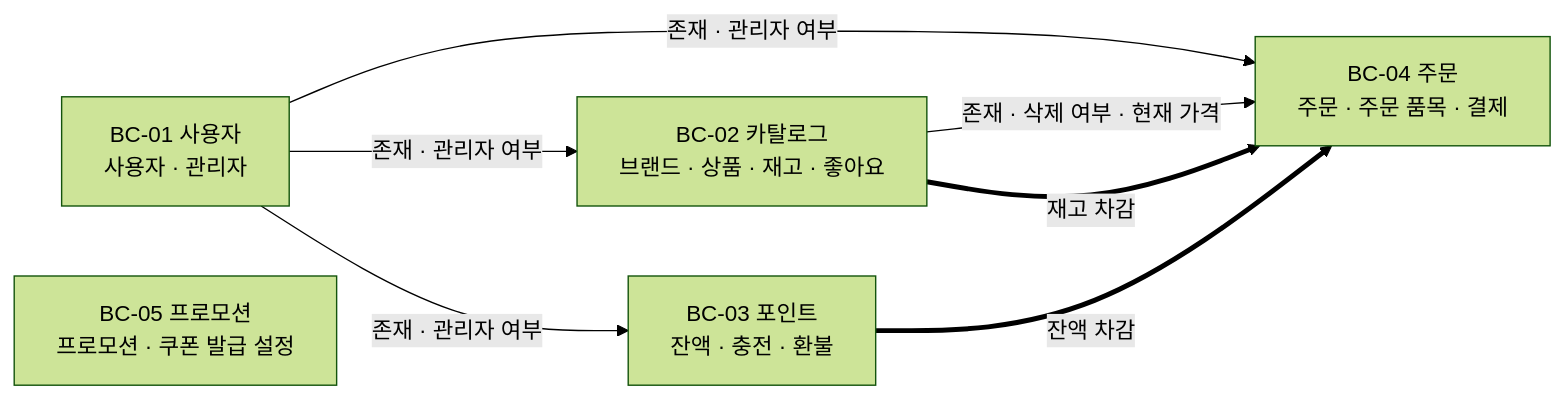
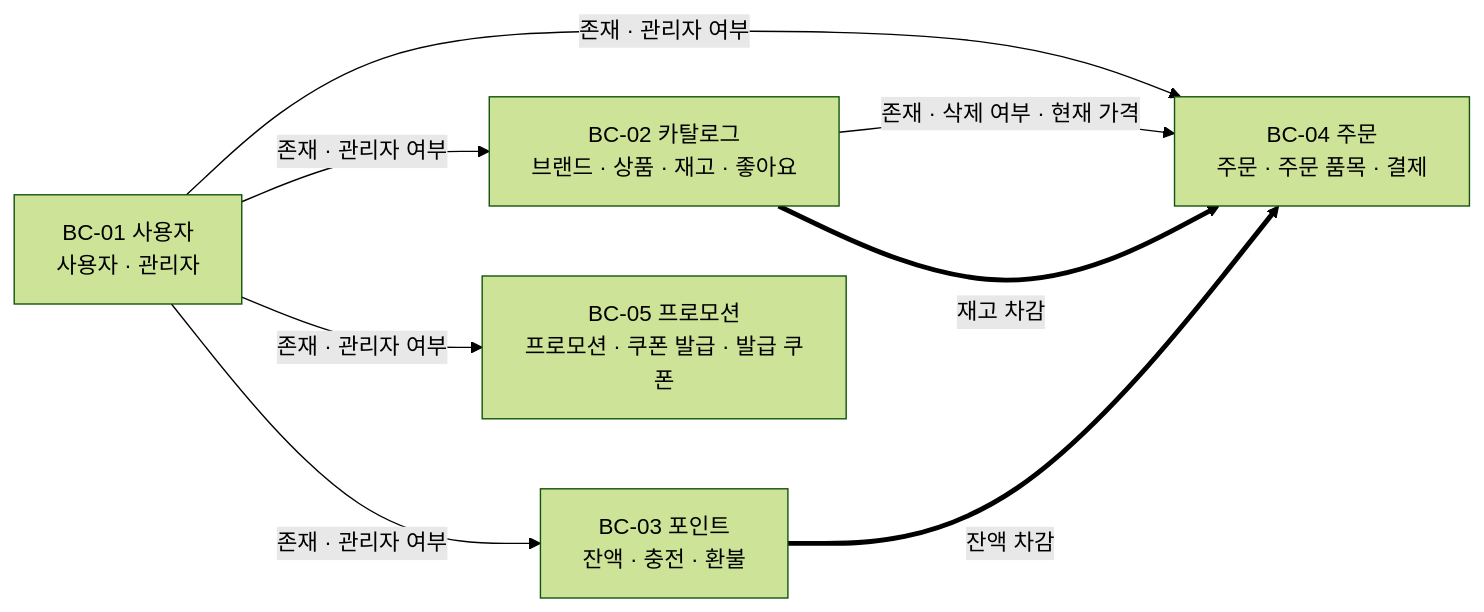
Before and after one commit to loopers-labs/loop-pack-be-l2-vol5-java: the first of 2 diagrams in docs/week2/design.md, drawn with Mermaid (forest theme). The commit also changed other lines of this file and 2 other files, not shown here.

Commit message:
docs: record the W8 coupon issue tables, flow, endpoints and decisions

````diff
--- a/docs/week2/design.md
+++ b/docs/week2/design.md
@@ -18,15 +18,16 @@
 ```mermaid
 flowchart LR
     U["BC-01 사용자<br/>사용자 · 관리자"]
     C["BC-02 카탈로그<br/>브랜드 · 상품 · 재고 · 좋아요"]
     P["BC-03 포인트<br/>잔액 · 충전 · 환불"]
     O["BC-04 주문<br/>주문 · 주문 품목 · 결제"]
-    PR["BC-05 프로모션<br/>프로모션 · 쿠폰 발급 설정"]
+    PR["BC-05 프로모션<br/>프로모션 · 쿠폰 발급 · 발급 쿠폰"]
 
     U -->|존재 · 관리자 여부| C
     U -->|존재 · 관리자 여부| P
     U -->|존재 · 관리자 여부| O
+    U -->|존재 · 관리자 여부| PR
     C -->|존재 · 삭제 여부 · 현재 가격| O
     C ==>|재고 차감| O
     P ==>|잔액 차감| O
 ```
````
